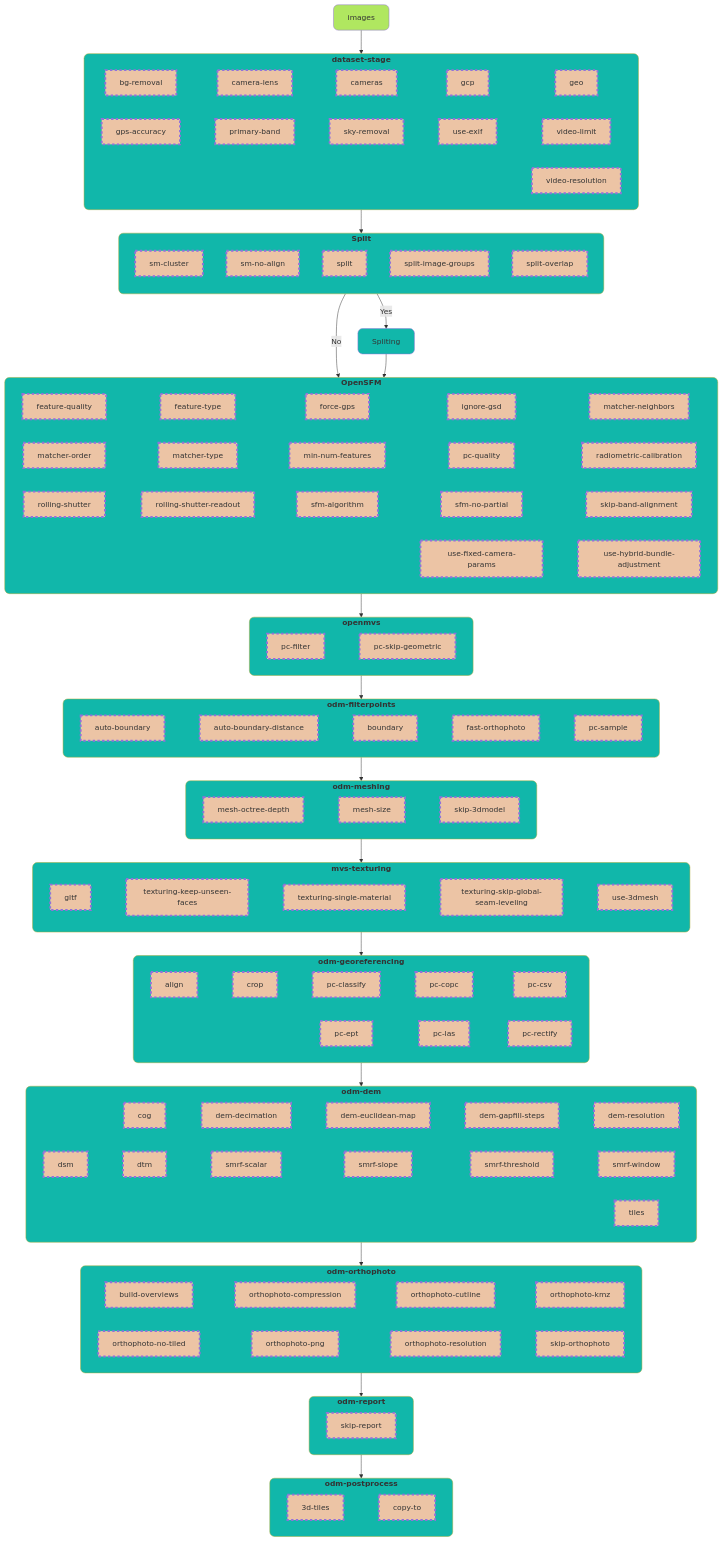
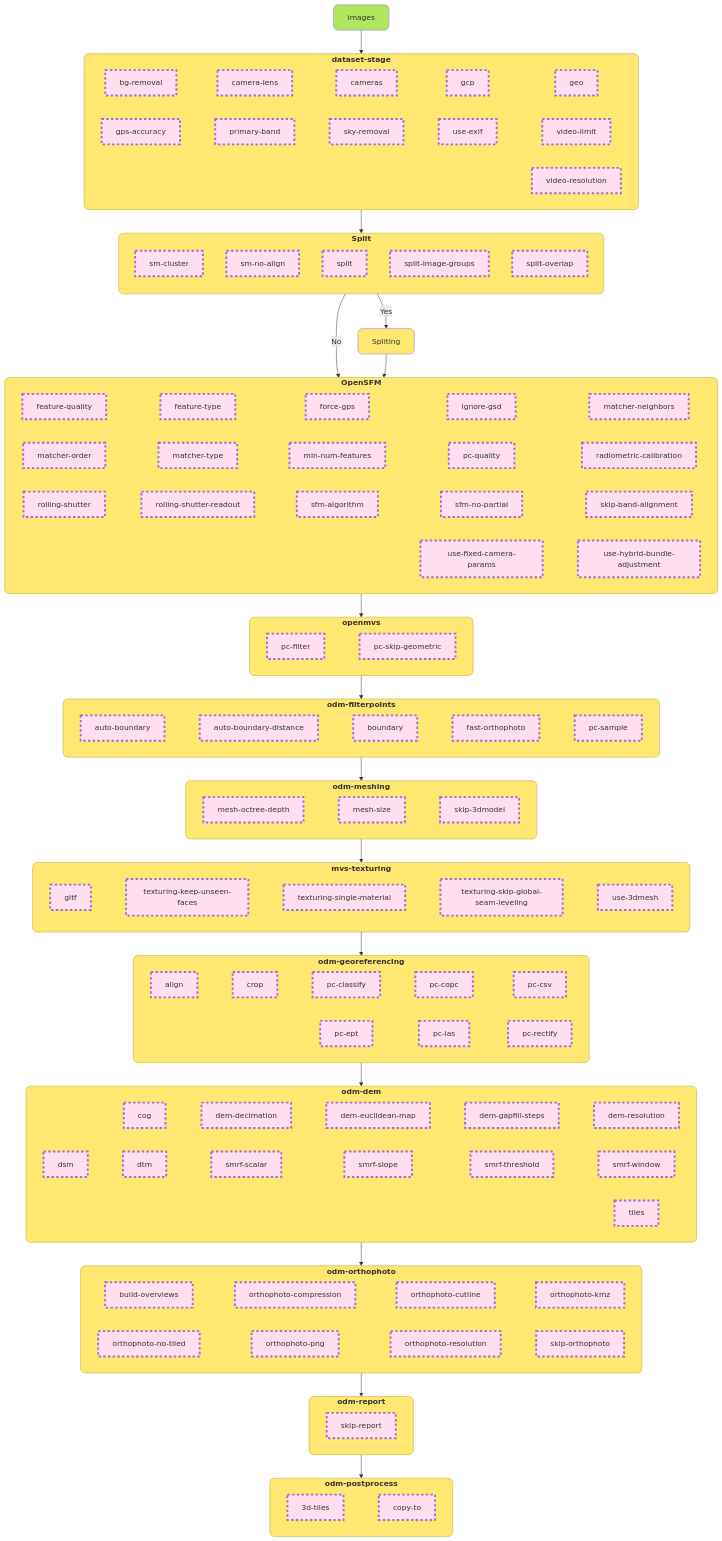
One commit to OpenDroneMap/docs changed the diagram in source/flowchart.rst. Above: the diagram before and after it, drawn with Mermaid. The commit also changed 1 other file, not shown here.

Commit message:
change colors for flowchart gitignore for .venv

```diff
--- a/source/flowchart.rst
+++ b/source/flowchart.rst
@@ -254,10 +254,10 @@
         %% Styles
 
         %% Style for options
-        classDef options stroke-width:4px,stroke-dasharray: 5,fill:#ecc4a5
+        classDef options fill:#ffdfef,stroke-width:4px,stroke-dasharray: 5
 
         %% Style for stages
-        classDef stages fill:#11b7aa,rx:10,ry:10
+        classDef stages fill:#ffe771,rx:10,ry:10
         class dataset-stage,Split,OpenSFM,openmvs,odm-filterpoints stages
         class odm-meshing,mvs-texturing,odm-georeferencing,odm-dem stages
         class odm-orthophoto,odm-report,odm-postprocess,Spliting stages
```
